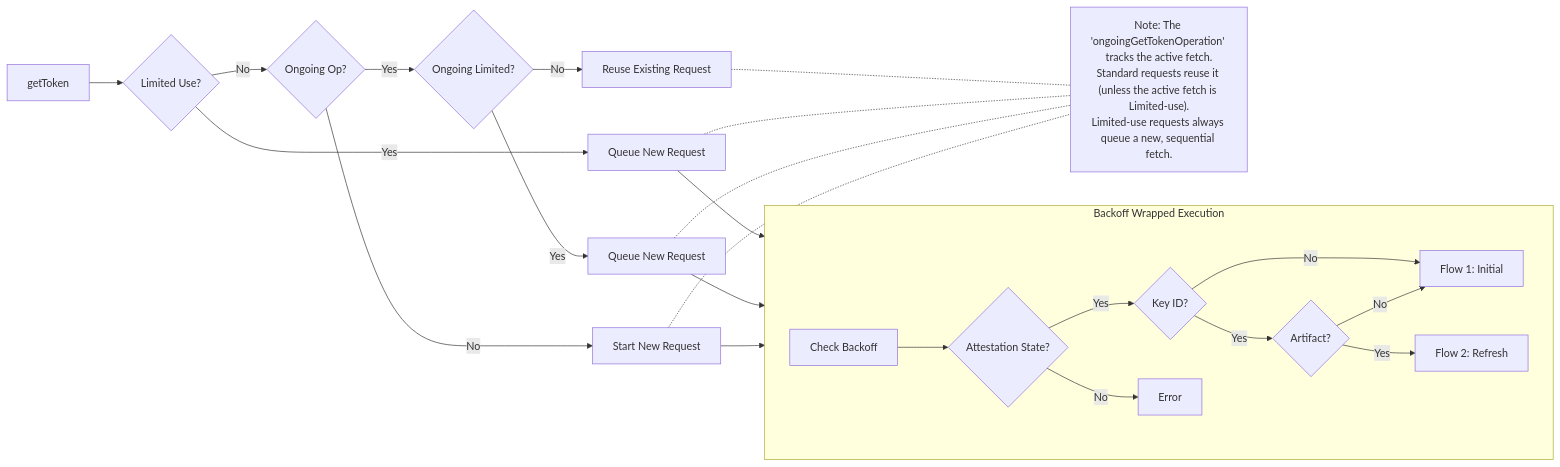
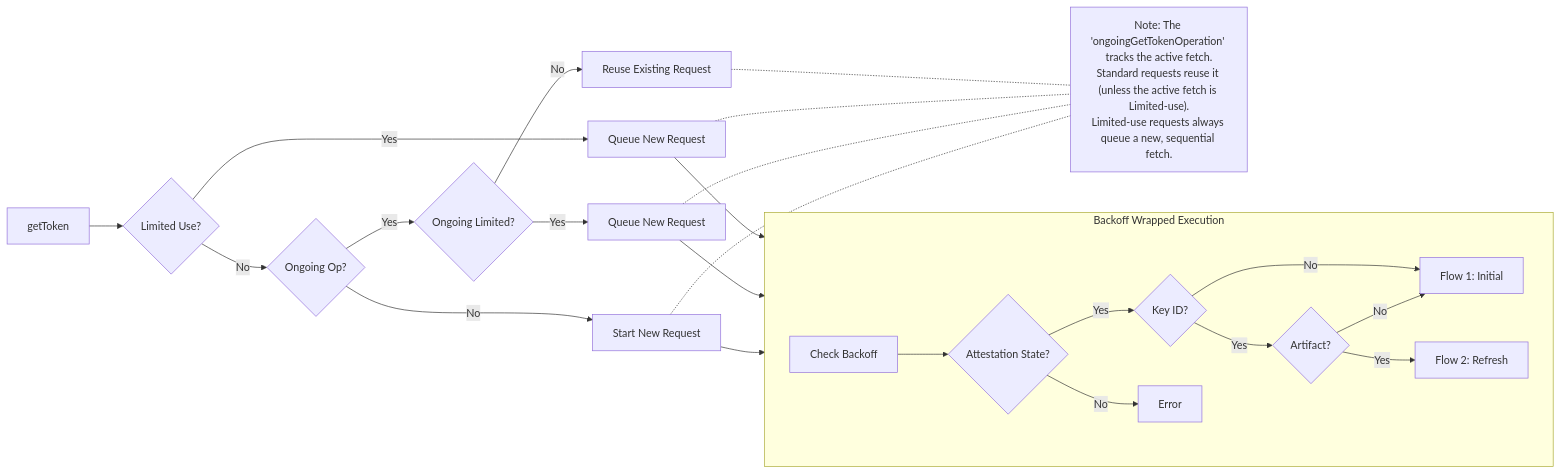
The first of 4 diagrams in docs/providers/app-attest.md (google/app-check), drawn with Mermaid before and after one commit.

````diff
--- a/docs/providers/app-attest.md
+++ b/docs/providers/app-attest.md
@@ -47,41 +47,43 @@
 ```mermaid
 %%{init: {"flowchart": {"diagramPadding": 130}}}%%
 flowchart LR
     Start[getToken] --> CheckUse{Limited Use?}
     
     CheckUse -- Yes --> Queue1[Queue New Request]
     CheckUse -- No --> Coalesce{Ongoing Op?}
     
     Coalesce -- Yes --> CheckOngoing{Ongoing Limited?}
     Coalesce -- No --> StartNew[Start New Request]
     
     CheckOngoing -- Yes --> Queue2[Queue New Request]
     CheckOngoing -- No --> Reuse[Reuse Existing Request]
     
     subgraph Execution ["Backoff Wrapped Execution"]
         direction LR
         Backoff[Check Backoff]
         StateCheck{Attestation State?}
         
         Backoff --> StateCheck
         
         StateCheck -->|Yes| KeyCheck{Key ID?}
         
         KeyCheck -- No --> Flow1[Flow 1: Initial]
         KeyCheck -- Yes --> ArtifactCheck{Artifact?}
         
         ArtifactCheck -- No --> Flow1
         ArtifactCheck -- Yes --> Flow2[Flow 2: Refresh]
 
         StateCheck -->|No| Error[Error]
     end
 
     Queue1 --> Backoff
     Queue2 --> Backoff
     StartNew --> Backoff
 
     Reuse -.- Footnote["Note: The 'ongoingGetTokenOperation' tracks the active fetch.<br/>Standard requests reuse it (unless the active fetch is Limited-use).<br/>Limited-use requests always queue a new, sequential fetch."]
     Queue1 -.- Footnote
     Queue2 -.- Footnote
     StartNew -.- Footnote
+
+    CheckOngoing ~~~ StartNew
 ```
````
